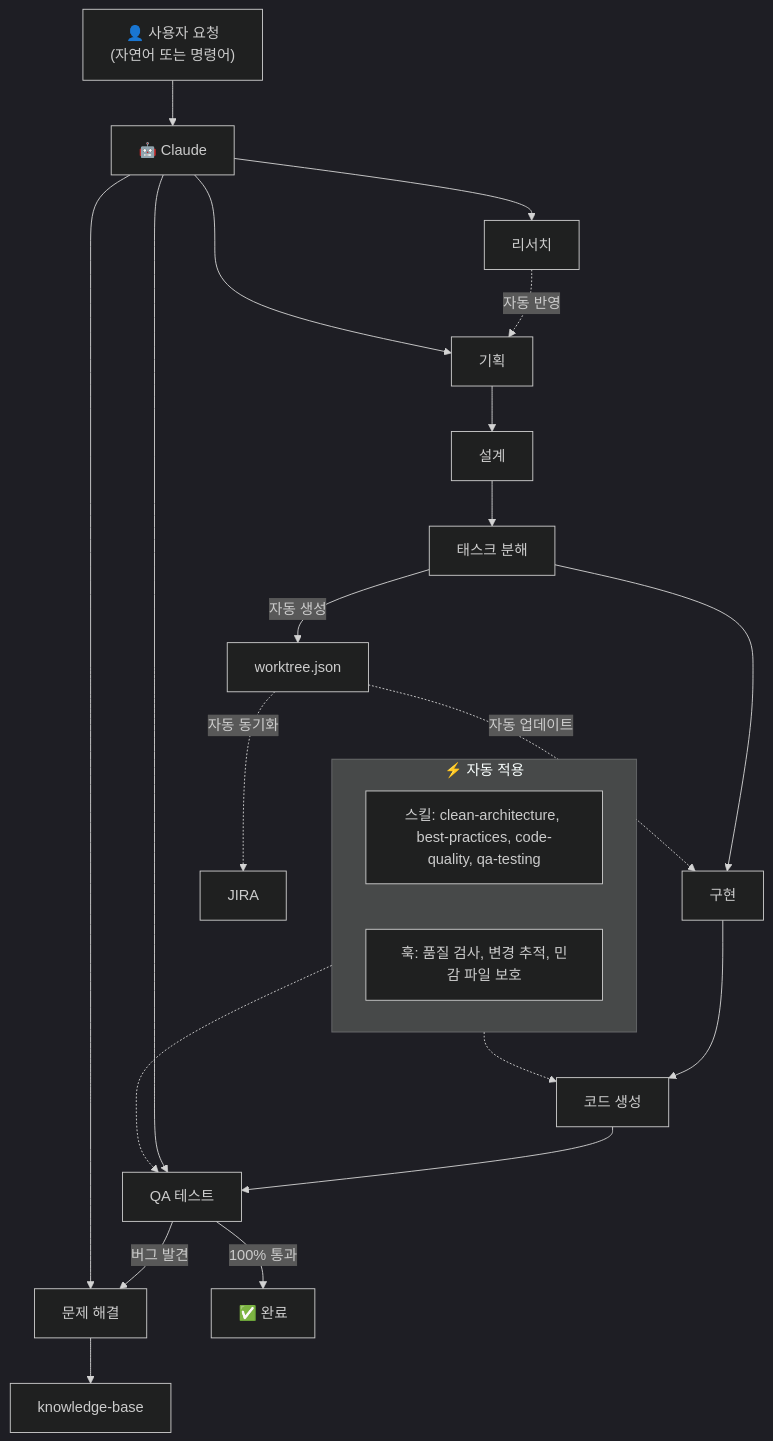
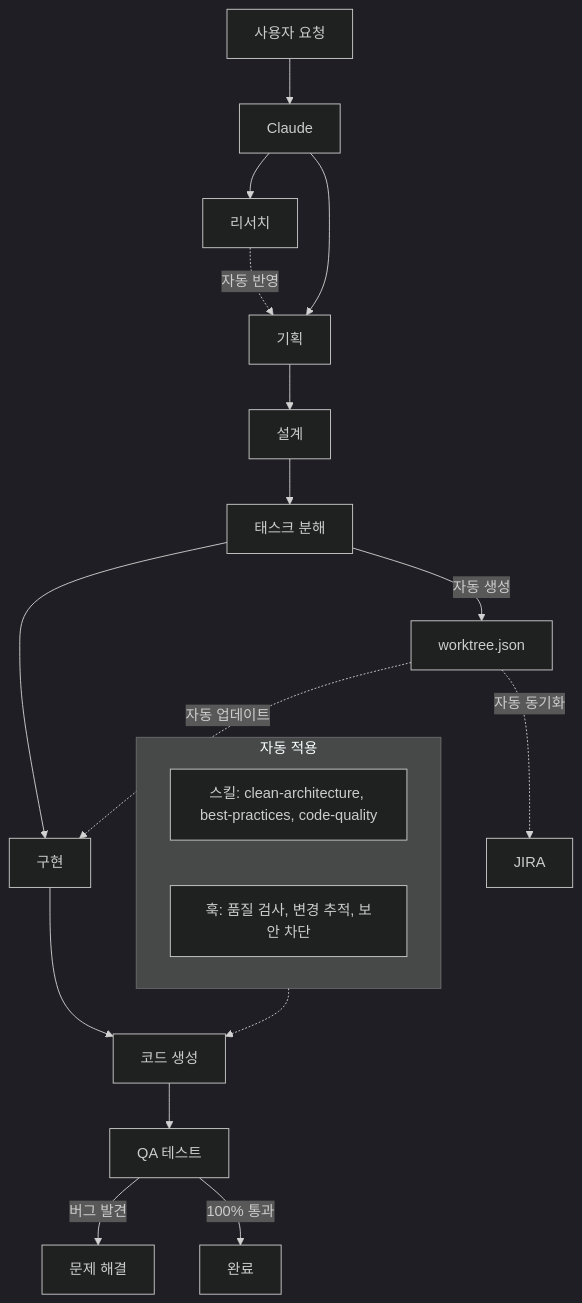
The fourth of 4 diagrams in README.md (Wondermove-Inc/calab-claude-plugin), drawn with Mermaid (dark theme) before and after one commit. The commit also changed other lines of this file and 16 other files, not shown here.

````diff
--- a/README.md
+++ b/README.md
@@ -794,32 +475,26 @@
 ```mermaid
 flowchart TB
-    U["👤 사용자 요청<br/>(자연어 또는 명령어)"] --> C["🤖 Claude"]
+    U["사용자 요청"] --> C["Claude"]
 
     C --> R["리서치"]
     R -.->|자동 반영| D1
 
     C --> D1["기획"]
     D1 --> D2["설계"]
     D2 --> D3["태스크 분해"]
     D3 -->|자동 생성| W["worktree.json"]
     D3 --> D4["구현"]
     W -.->|자동 업데이트| D4
     W -.->|자동 동기화| J["JIRA"]
     D4 --> Code["코드 생성"]
     Code --> QA["QA 테스트"]
-    QA -->|버그 발견| SV
-    QA -->|100% 통과| Done["✅ 완료"]
+    QA -->|버그 발견| SV["문제 해결"]
+    QA -->|100% 통과| Done["완료"]
 
-    C --> SV["문제 해결"]
-    SV --> KB["knowledge-base"]
-
-    C --> QA
-
-    subgraph Auto["⚡ 자동 적용"]
-        S1["스킬: clean-architecture, best-practices, code-quality, qa-testing"]
-        H1["훅: 품질 검사, 변경 추적, 민감 파일 보호"]
+    subgraph Auto["자동 적용"]
+        S1["스킬: clean-architecture, best-practices, code-quality"]
+        H1["훅: 품질 검사, 변경 추적, 보안 차단"]
     end
 
     Auto -.-> Code
-    Auto -.-> QA
 ```
````
